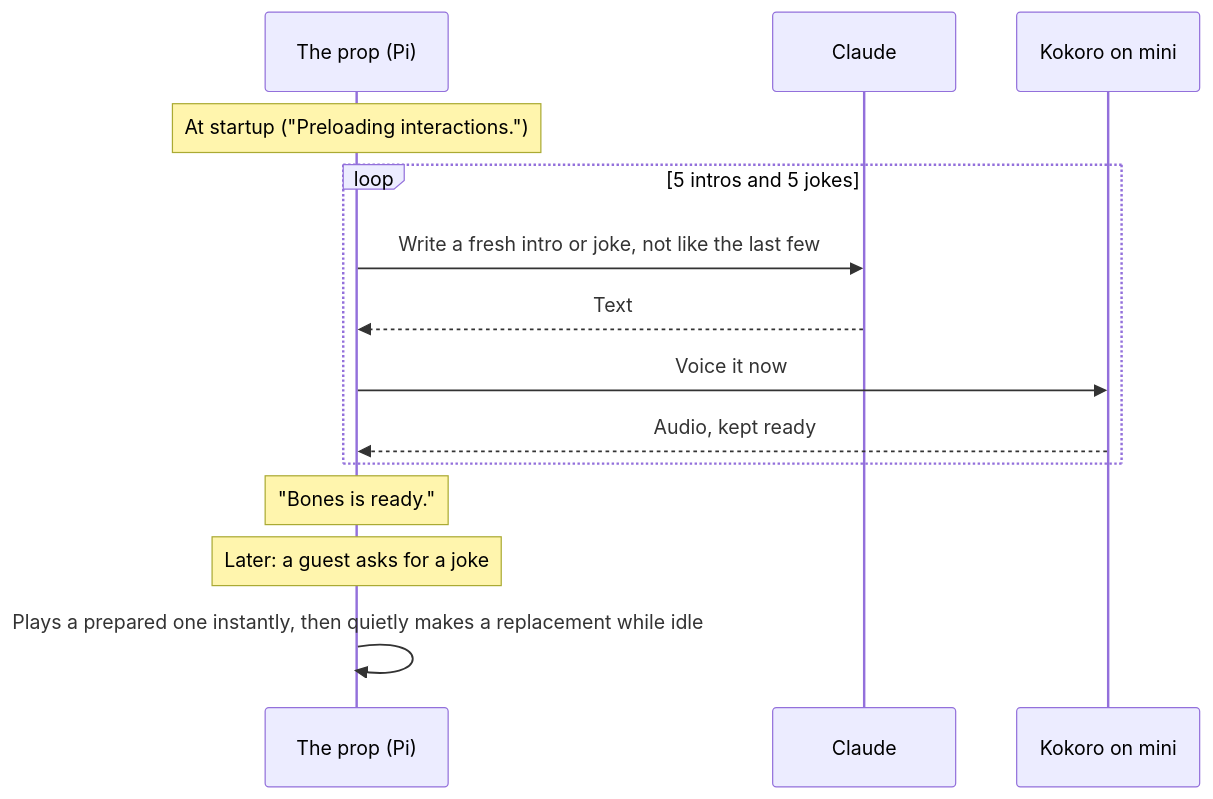
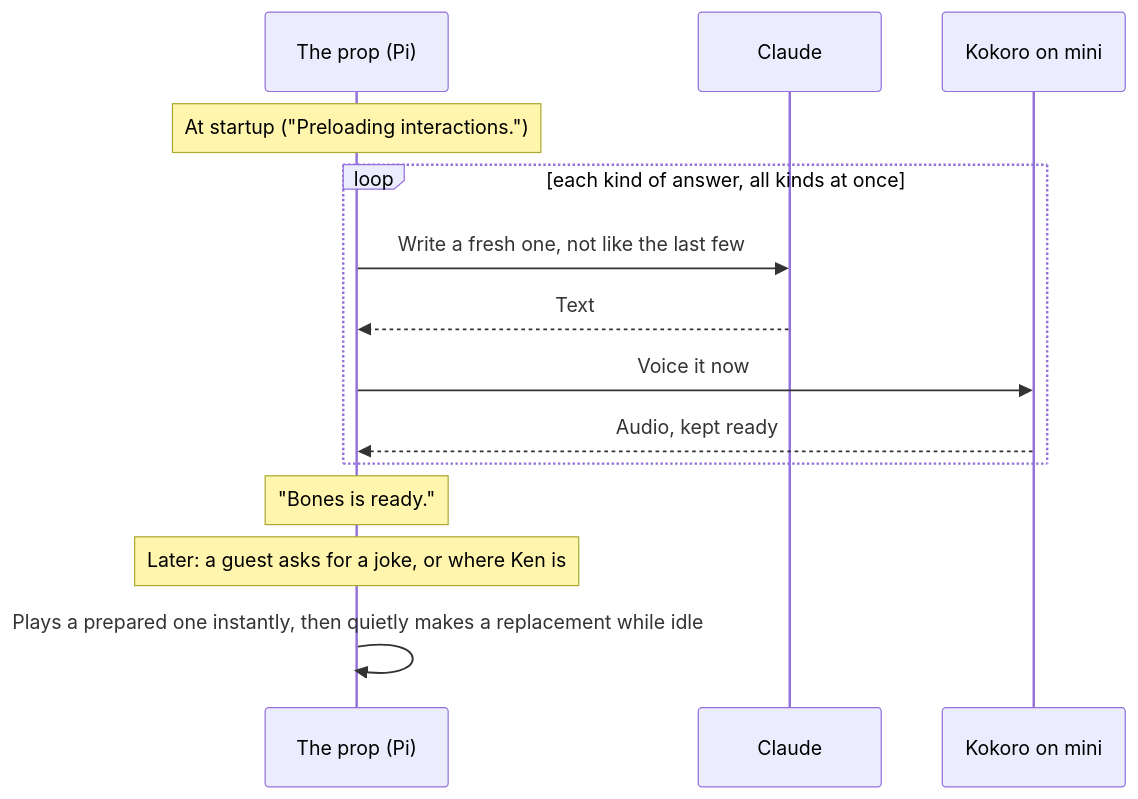
Before and after one commit to anonymoose/spookybot: the eighth of 9 diagrams in AI.md, drawn with Mermaid. The commit also changed other lines of this file and 4 other files, not shown here.

````diff
--- a/AI.md
+++ b/AI.md
@@ -290,16 +298,16 @@
 ```mermaid
 sequenceDiagram
     participant Pi as The prop (Pi)
     participant Claude as Claude
     participant Mini as Kokoro on mini
     Note over Pi: At startup ("Preloading interactions.")
-    loop 5 intros and 5 jokes
-        Pi->>Claude: Write a fresh intro or joke, not like the last few
+    loop each kind of answer, all kinds at once
+        Pi->>Claude: Write a fresh one, not like the last few
         Claude-->>Pi: Text
         Pi->>Mini: Voice it now
         Mini-->>Pi: Audio, kept ready
     end
     Note over Pi: "Bones is ready."
-    Note over Pi: Later: a guest asks for a joke
+    Note over Pi: Later: a guest asks for a joke, or where Ken is
     Pi->>Pi: Plays a prepared one instantly, then quietly makes a replacement while idle
 ```
````
